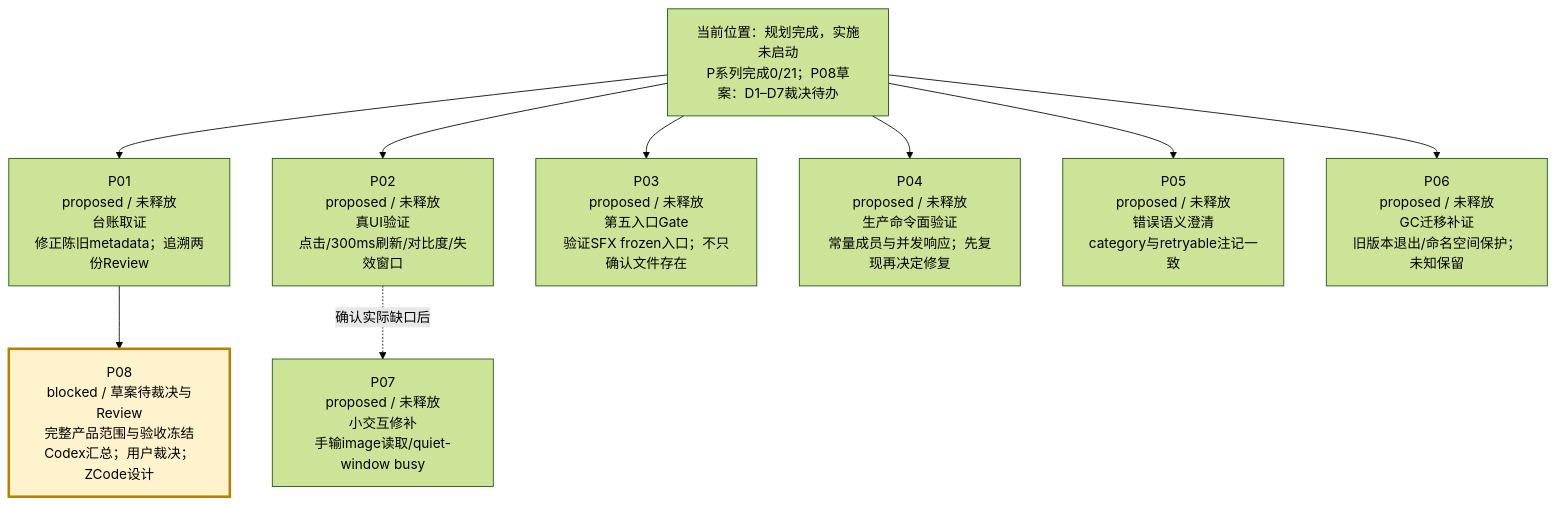
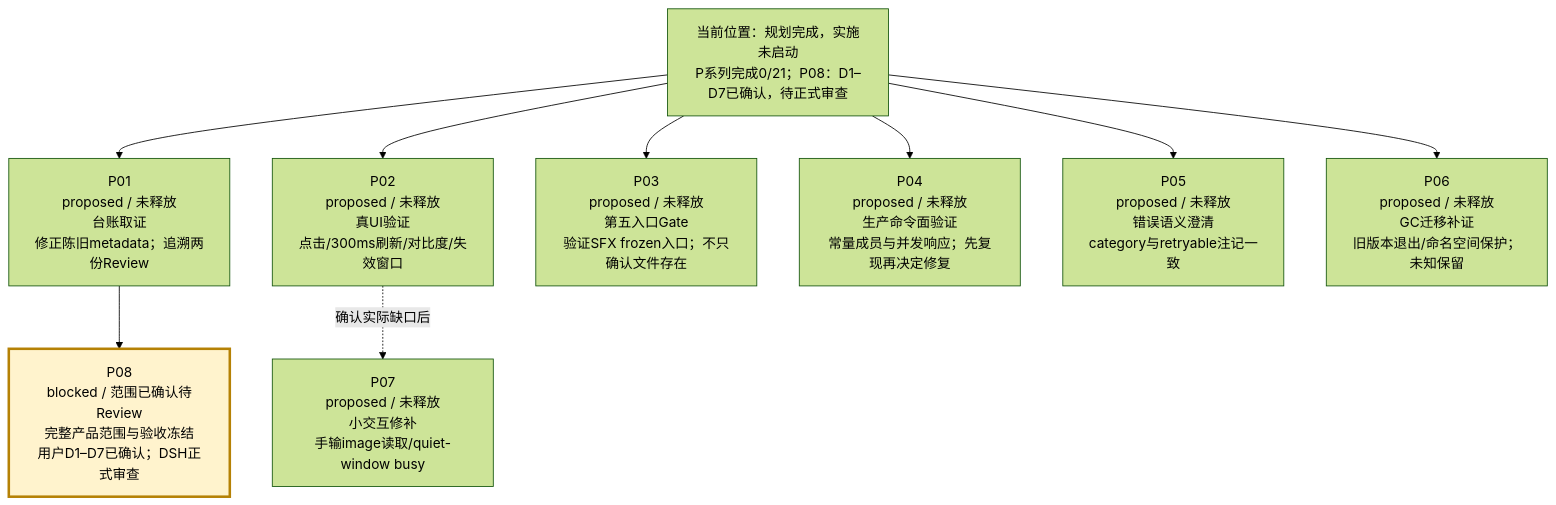
One commit to peakwheat-pixel/New-Manga changed the second of 4 diagrams in verification/PROJECT-ROADMAP-20261008/ROADMAP.md. Above: the diagram before and after it, drawn with Mermaid (forest theme). The commit also changed other lines of this file and 14 other files, not shown here.

````diff
--- a/verification/PROJECT-ROADMAP-20261008/ROADMAP.md
+++ b/verification/PROJECT-ROADMAP-20261008/ROADMAP.md
@@ -30,12 +30,12 @@
 ```mermaid
 flowchart TB
-  BASE["当前位置：规划完成，实施未启动<br/>P系列完成0/21；P08草案：D1–D7裁决待办"] --> P01["P01<br/>proposed / 未释放<br/>台账取证<br/>修正陈旧metadata；追溯两份Review"]
+  BASE["当前位置：规划完成，实施未启动<br/>P系列完成0/21；P08：D1–D7已确认，待正式审查"] --> P01["P01<br/>proposed / 未释放<br/>台账取证<br/>修正陈旧metadata；追溯两份Review"]
   BASE --> P02["P02<br/>proposed / 未释放<br/>真UI验证<br/>点击/300ms刷新/对比度/失效窗口"]
   BASE --> P03["P03<br/>proposed / 未释放<br/>第五入口Gate<br/>验证SFX frozen入口；不只确认文件存在"]
   BASE --> P04["P04<br/>proposed / 未释放<br/>生产命令面验证<br/>常量成员与并发响应；先复现再决定修复"]
   BASE --> P05["P05<br/>proposed / 未释放<br/>错误语义澄清<br/>category与retryable注记一致"]
   BASE --> P06["P06<br/>proposed / 未释放<br/>GC迁移补证<br/>旧版本退出/命名空间保护；未知保留"]
   P02 -. "确认实际缺口后" .-> P07["P07<br/>proposed / 未释放<br/>小交互修补<br/>手输image读取/quiet-window busy"]
-  P01 --> P08["P08<br/>blocked / 草案待裁决与Review<br/>完整产品范围与验收冻结<br/>Codex汇总；用户裁决；ZCode设计"]
+  P01 --> P08["P08<br/>blocked / 范围已确认待Review<br/>完整产品范围与验收冻结<br/>用户D1–D7已确认；DSH正式审查"]
   style P08 fill:#fff3cd,stroke:#b58105,stroke-width:3px
 ```
````
